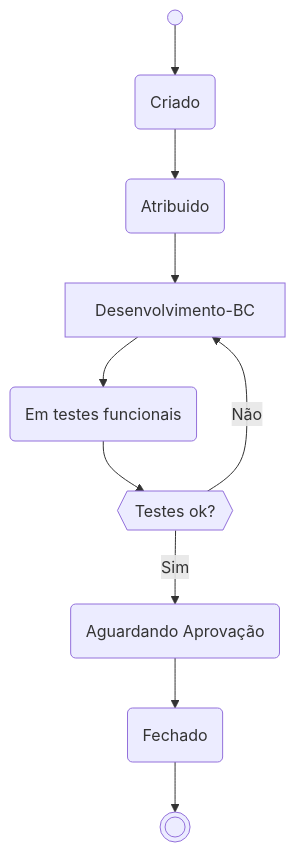
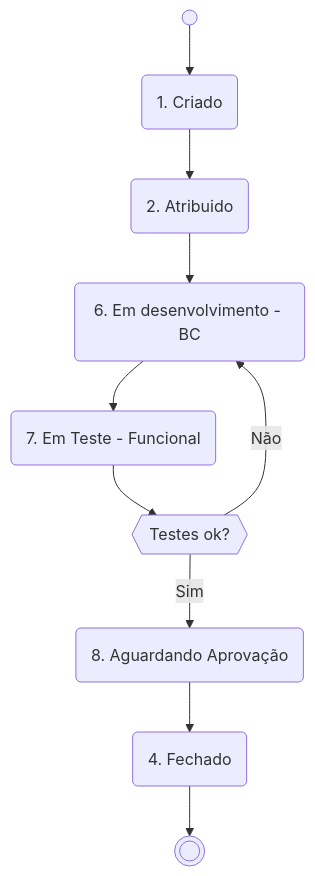
One commit to edmilson-nascimento/Quermesse changed the third of 3 diagrams in README.md. Above: the diagram before and after it, drawn with Mermaid.

````diff
--- a/README.md
+++ b/README.md
@@ -125,15 +125,18 @@
 ```mermaid
 flowchart TD
     start((" ")) --> Q1
-    Q1(Criado) --> Q2(Atribuido)
+    Q1(1. Criado) --> Q2(2. Atribuido)
     Q2 --> Desenvolvimento-BC
-    Desenvolvimento-BC --> Q4(Em testes funcionais)
+    Desenvolvimento-BC(6. Em desenvolvimento - BC) --> Q4(7. Em Teste - Funcional)
+
+%%  Desenvolvimento-BC --> Q6(Case SAP criado)
+
 
     Q4 --> QQ{{Testes ok?}}
-    QQ -- Sim --> Q5(Aguardando Aprovação)
+    QQ -- Sim --> Q5(8. Aguardando Aprovação)
     QQ -- Não --> Desenvolvimento-BC
 %%  Desenvolvimento-BC --> Q6(Case SAP criado)
 %%  Q6 --> Q4
-    Q5 --> Q9(Fechado)
+    Q5 --> Q9(4. Fechado)
     Q9 --> End(((" ")))
 ```
````
